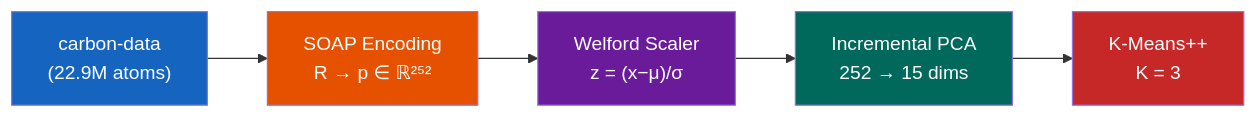
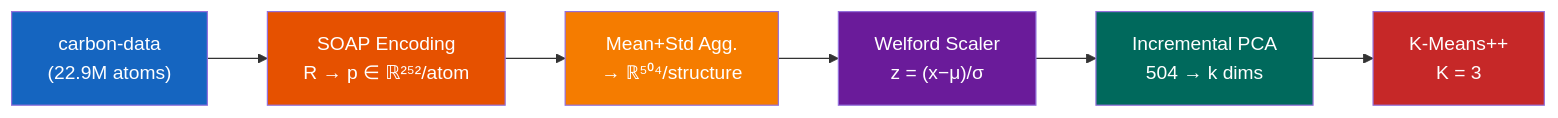
The diagram in README.md (minhduc110207/carbon-clustering), drawn with Mermaid before and after one commit. The commit also changed other lines of this file and 9 other files, not shown here.

````diff
--- a/README.md
+++ b/README.md
@@ -39,13 +39,15 @@
 ```mermaid
 graph LR
-    A["carbon-data<br/>(22.9M atoms)"] --> B["SOAP Encoding<br/>R → p ∈ ℝ²⁵²"]
-    B --> C["Welford Scaler<br/>z = (x−μ)/σ"]
-    C --> D["Incremental PCA<br/>252 → 15 dims"]
+    A["carbon-data<br/>(22.9M atoms)"] --> B["SOAP Encoding<br/>R → p ∈ ℝ²⁵²/atom"]
+    B --> B2["Mean+Std Agg.<br/>→ ℝ⁵⁰⁴/structure"]
+    B2 --> C["Welford Scaler<br/>z = (x−μ)/σ"]
+    C --> D["Incremental PCA<br/>504 → k dims"]
     D --> E["K-Means++<br/>K = 3"]
 
     style A fill:#1565C0,color:#fff
     style B fill:#E65100,color:#fff
+    style B2 fill:#F57C00,color:#fff
     style C fill:#6A1B9A,color:#fff
     style D fill:#00695C,color:#fff
     style E fill:#C62828,color:#fff
 ```
````
